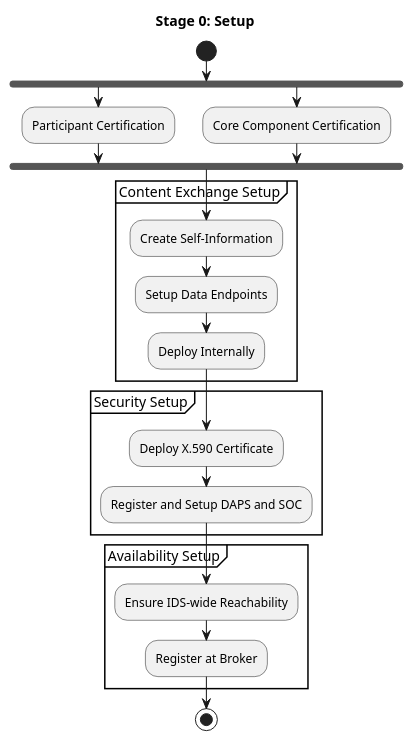
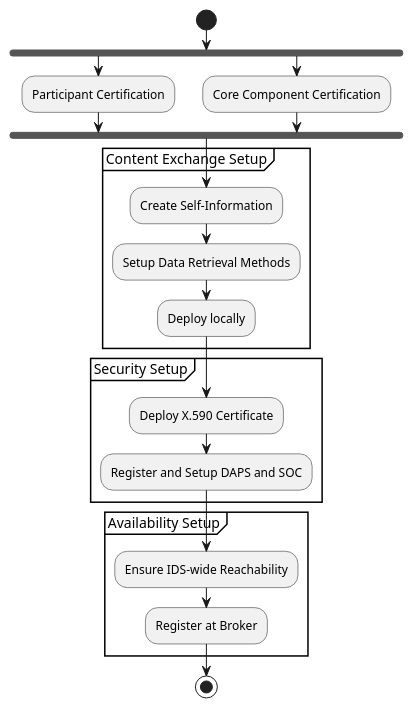
The diagram in stage0_setup.plantuml (IndustrialDataSpace/Documentation), drawn with PlantUML before and after one commit. The commit also changed 3 other files, not shown here.

```diff
--- a/stage0_setup.plantuml
+++ b/stage0_setup.plantuml
@@ -1,31 +1,29 @@
 @startuml
 
 start
-
-title Stage 0: Setup
 
 fork
 :Participant Certification;
 fork again
 :Core Component Certification;
 end fork
 
 partition "Content Exchange Setup" {
 	:Create Self-Information;
-	:Setup Data Endpoints;
-	:Deploy Internally;
+	:Setup Data Retrieval Methods;
+	:Deploy locally;
 }
 
 partition "Security Setup" {
     :Deploy X.590 Certificate;
     :Register and Setup DAPS and SOC;
 }
 
 partition "Availability Setup" {
     :Ensure IDS-wide Reachability;
     :Register at Broker;
 }
 
 stop
 
 @enduml
```
